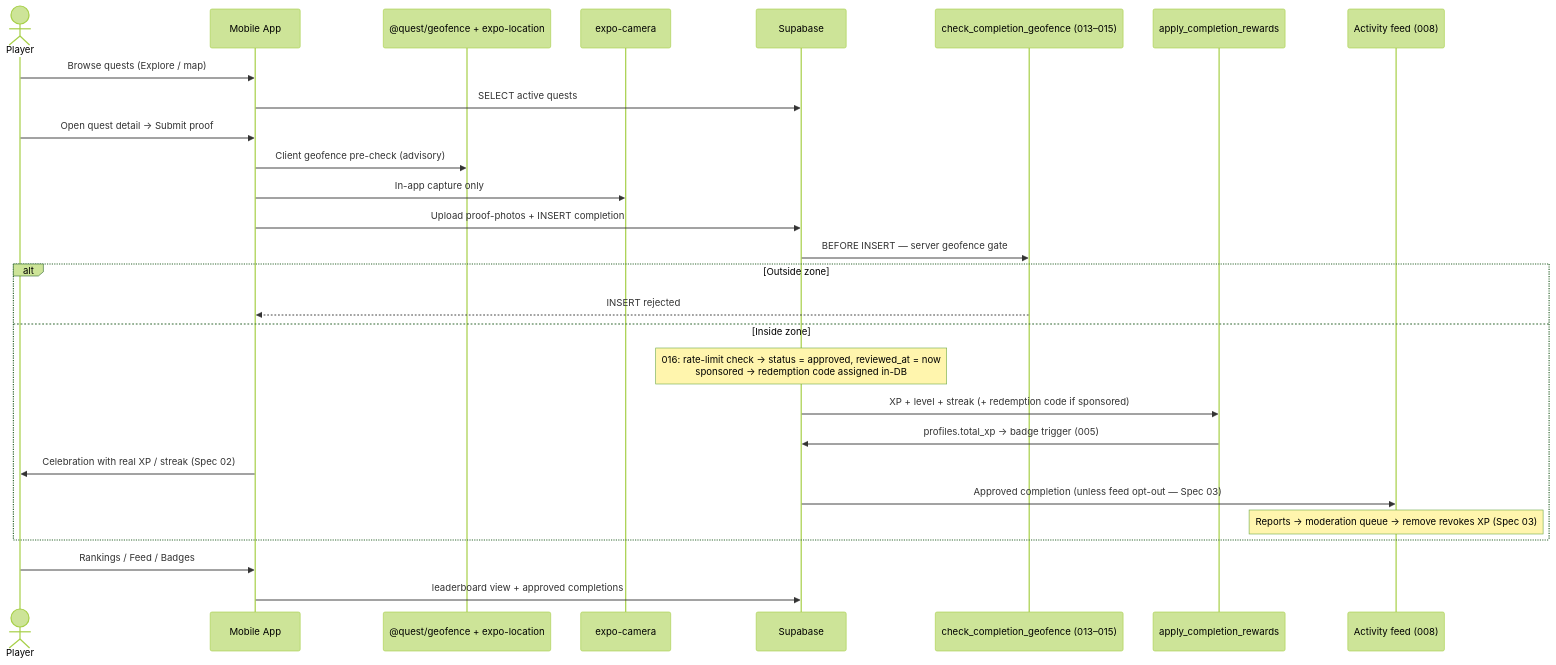
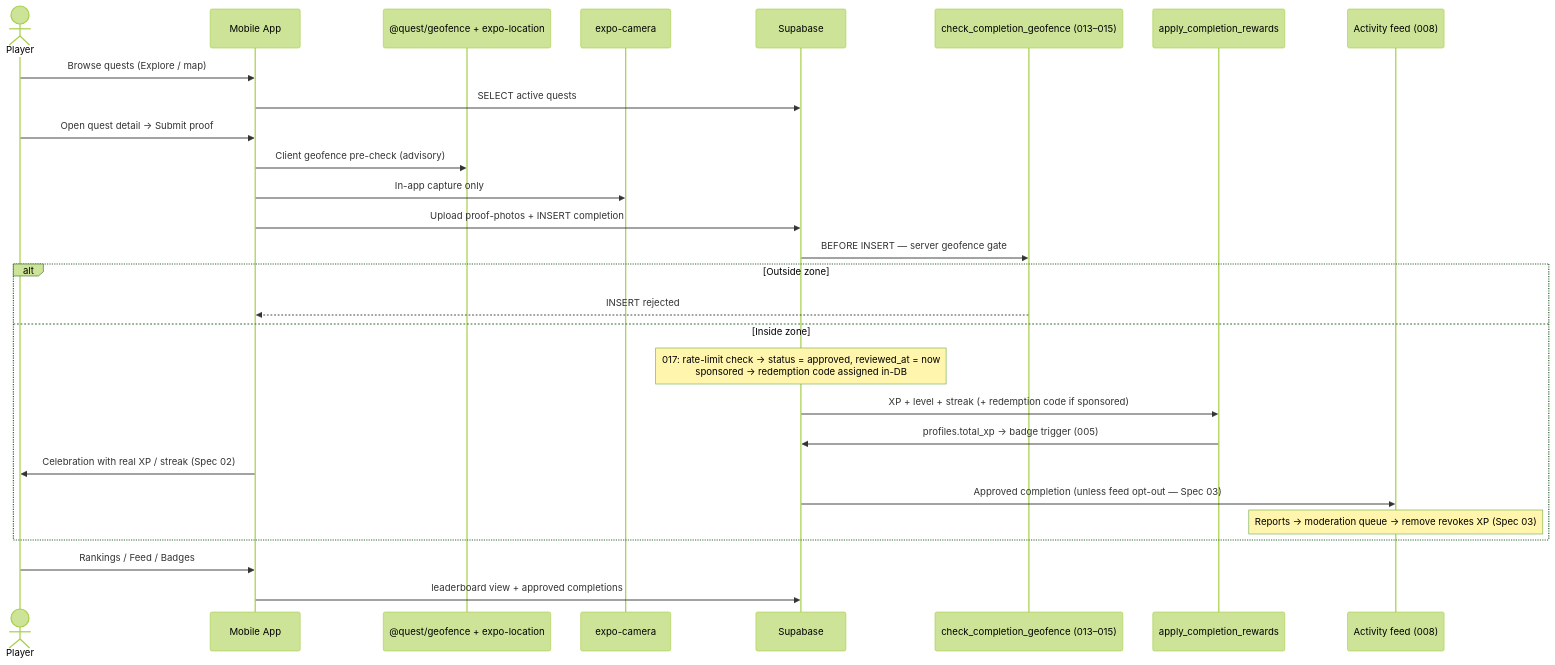
Before and after one commit to Rahilyw/Quest: the fourth of 6 diagrams in ARCHITECTURE.md, drawn with Mermaid (forest theme). The commit also changed other lines of this file and 9 other files, not shown here.

````diff
--- a/ARCHITECTURE.md
+++ b/ARCHITECTURE.md
@@ -128,33 +128,33 @@
 ```mermaid
 sequenceDiagram
     actor Player
     participant Mobile as Mobile App
     participant Geo as @quest/geofence + expo-location
     participant Camera as expo-camera
     participant SB as Supabase
     participant GeoTrig as check_completion_geofence (013–015)
     participant Reward as apply_completion_rewards
     participant Feed as Activity feed (008)
 
     Player->>Mobile: Browse quests (Explore / map)
     Mobile->>SB: SELECT active quests
     Player->>Mobile: Open quest detail → Submit proof
     Mobile->>Geo: Client geofence pre-check (advisory)
     Mobile->>Camera: In-app capture only
     Mobile->>SB: Upload proof-photos + INSERT completion
 
     SB->>GeoTrig: BEFORE INSERT — server geofence gate
     alt Outside zone
         GeoTrig-->>Mobile: INSERT rejected
     else Inside zone
-        Note over SB: 016: rate-limit check → status = approved, reviewed_at = now<br/>sponsored → redemption code assigned in-DB
+        Note over SB: 017: rate-limit check → status = approved, reviewed_at = now<br/>sponsored → redemption code assigned in-DB
         SB->>Reward: XP + level + streak (+ redemption code if sponsored)
         Reward->>SB: profiles.total_xp → badge trigger (005)
         Mobile->>Player: Celebration with real XP / streak (Spec 02)
         SB->>Feed: Approved completion (unless feed opt-out — Spec 03)
         Note over Feed: Reports → moderation queue → remove revokes XP (Spec 03)
     end
 
     Player->>Mobile: Rankings / Feed / Badges
     Mobile->>SB: leaderboard view + approved completions
 ```
````
